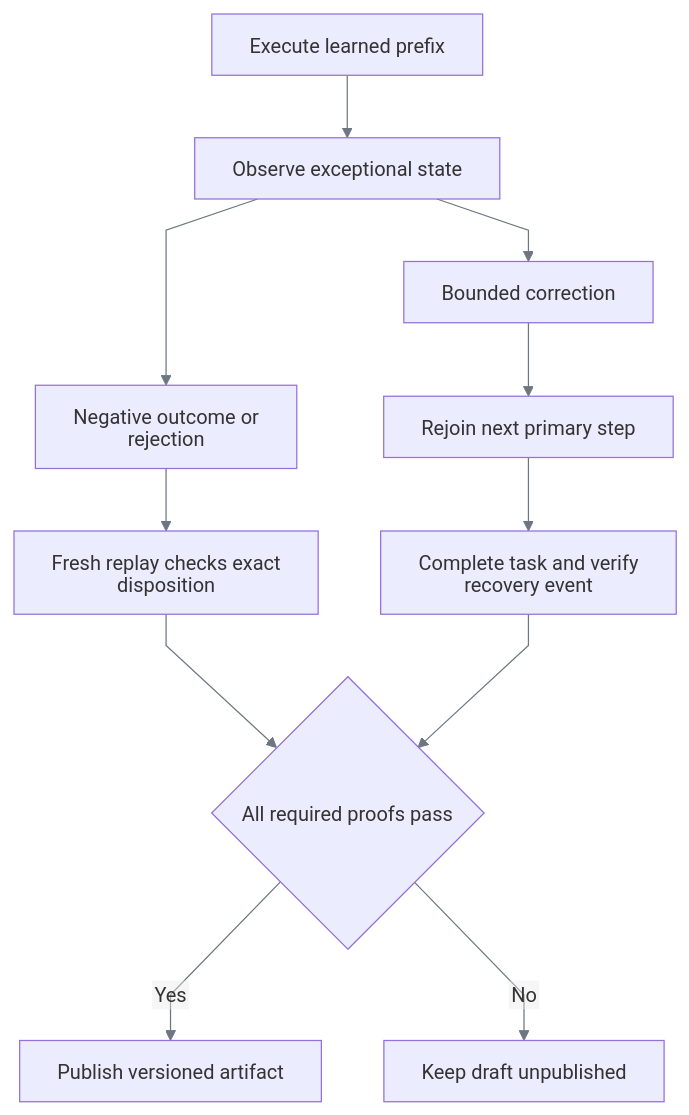
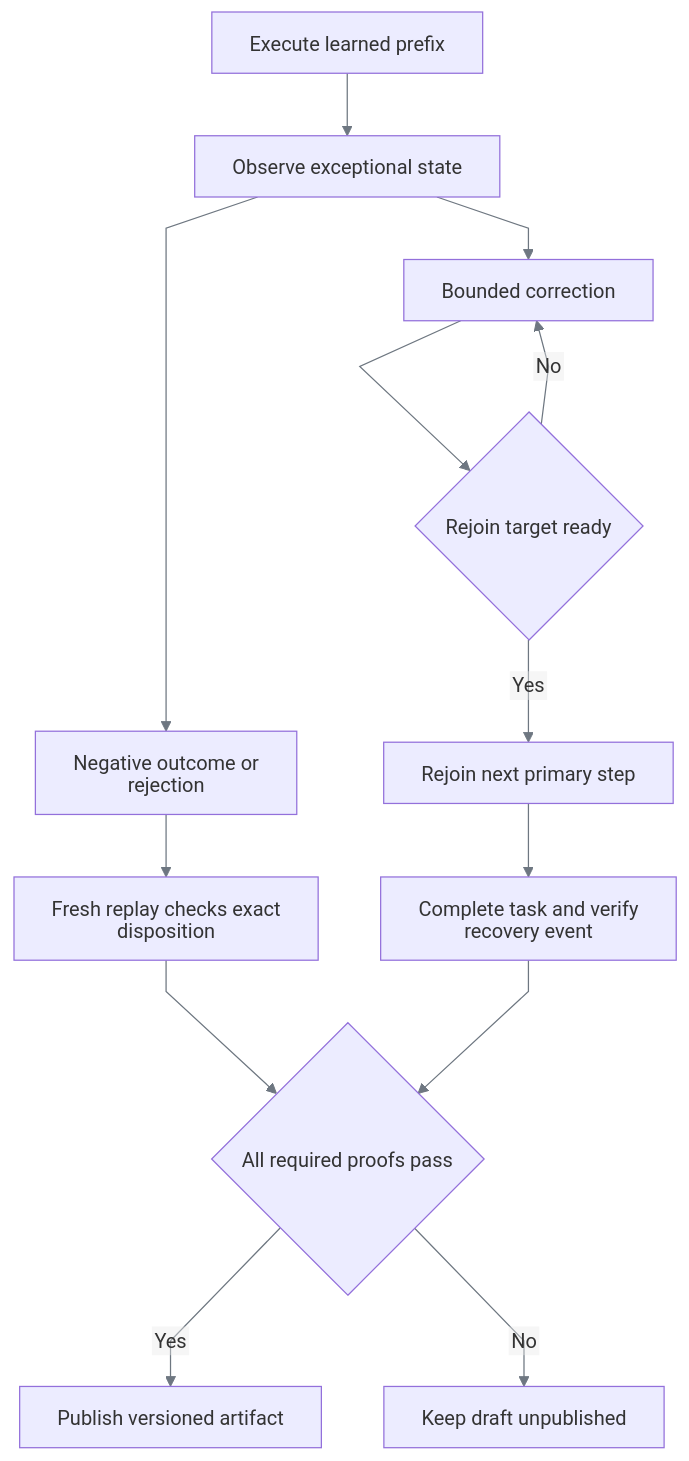
One commit to SivaTSS/replay-forge changed the diagram in docs/exception-coverage.md. Above: the diagram before and after it, drawn with Mermaid. The commit also changed other lines of this file and 7 other files, not shown here.

````diff
--- a/docs/exception-coverage.md
+++ b/docs/exception-coverage.md
@@ -19,14 +19,16 @@
 ```mermaid
 %%{init: {"htmlLabels":false,"themeVariables":{"lineColor":"#6E7781","signalColor":"#6E7781"},"flowchart":{"curve":"linear"},"sequence":{"wrap":true}}}%%
 flowchart TD
     P[Execute learned prefix] --> O[Observe exceptional state]
     O --> N[Negative outcome or rejection]
     O --> R[Bounded correction]
     N --> V[Fresh replay checks exact disposition]
-    R --> J[Rejoin next primary step]
+    R --> T{Rejoin target ready}
+    T -->|No| R
+    T -->|Yes| J[Rejoin next primary step]
     J --> C[Complete task and verify recovery event]
     V --> G{All required proofs pass}
     C --> G
     G -->|Yes| A[Publish versioned artifact]
     G -->|No| F[Keep draft unpublished]
 ```
````
